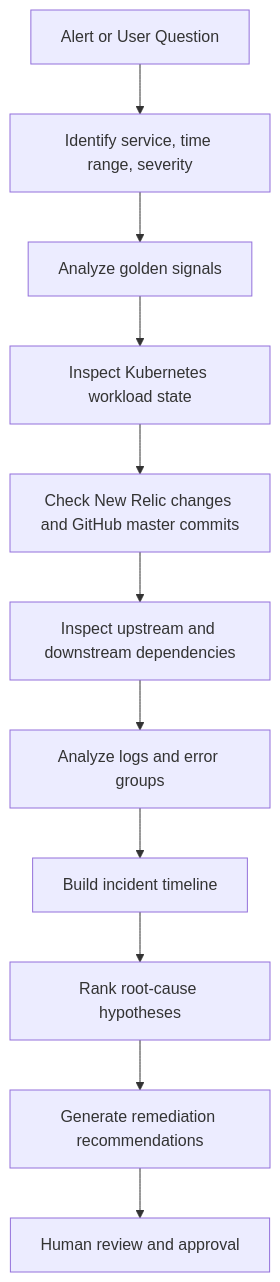
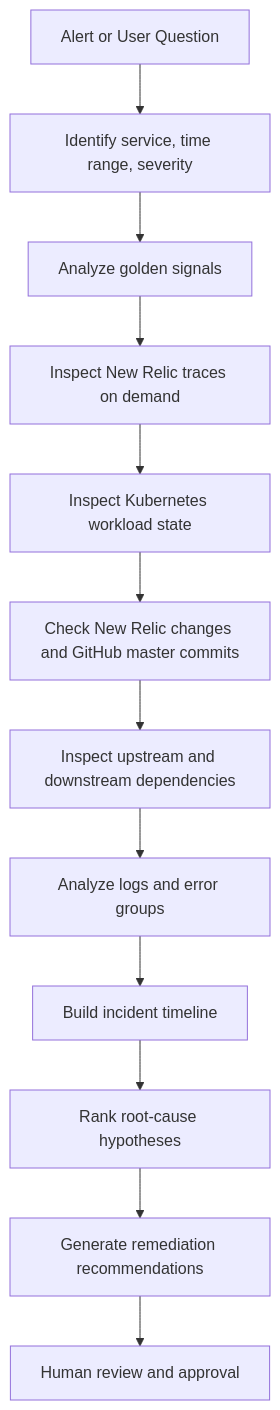
Before and after one commit to Deraiven/sre-agent: the second of 3 diagrams in docs/sre-agent-design.md, drawn with Mermaid. The commit also changed other lines of this file and 8 other files, not shown here.

````diff
--- a/docs/sre-agent-design.md
+++ b/docs/sre-agent-design.md
@@ -154,13 +155,14 @@
 ```mermaid
 flowchart TD
     Alert["Alert or User Question"] --> Scope["Identify service, time range, severity"]
     Scope --> Golden["Analyze golden signals"]
-    Golden --> K8sInspect["Inspect Kubernetes workload state"]
+    Golden --> Trace["Inspect New Relic traces on demand"]
+    Trace --> K8sInspect["Inspect Kubernetes workload state"]
     K8sInspect --> Change["Check New Relic changes and GitHub master commits"]
     Change --> Dependencies["Inspect upstream and downstream dependencies"]
     Dependencies --> Logs["Analyze logs and error groups"]
     Logs --> Timeline["Build incident timeline"]
     Timeline --> Hypothesis["Rank root-cause hypotheses"]
     Hypothesis --> Recommend["Generate remediation recommendations"]
     Recommend --> Review["Human review and approval"]
 ```
````
